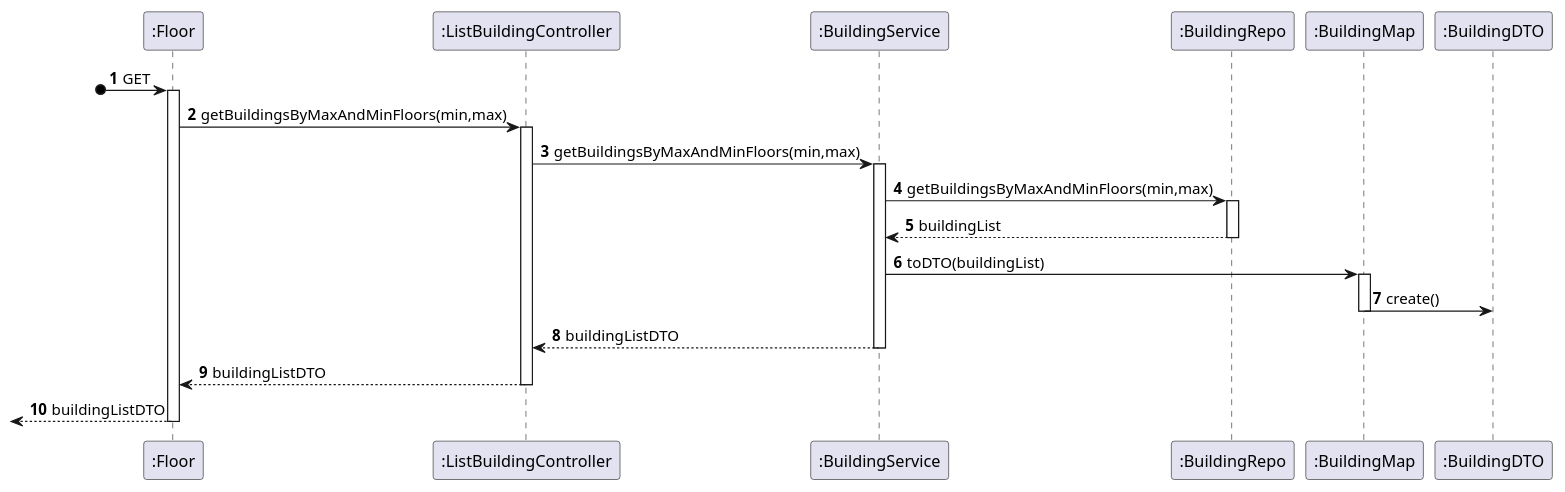
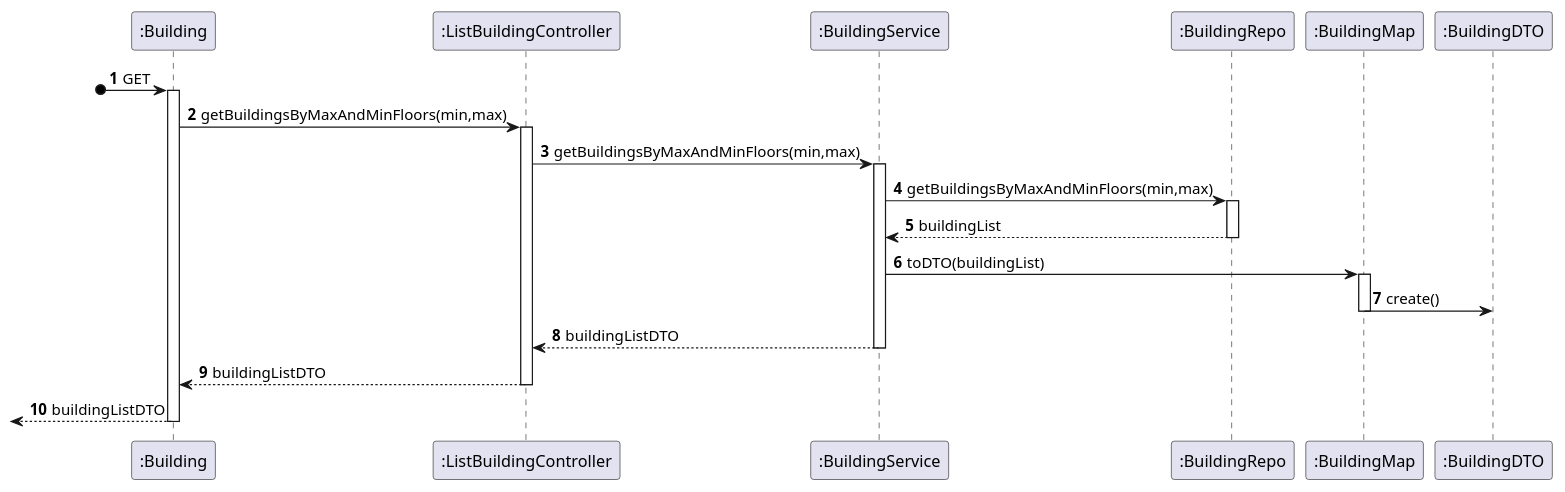
One commit to Pedro-Pereira1/sem5pi_23_24_g056 changed the diagram in docs/US_180/Diagrams/SequenceDiagramLevel3.puml. Above: the diagram before and after it, drawn with PlantUML. The commit also changed 7 other files, not shown here.

Commit message:
Updated documentation, updated Us210 documentation completed until point 4.2 "Class Diagram"

```diff
--- a/docs/US_180/Diagrams/SequenceDiagramLevel3.puml
+++ b/docs/US_180/Diagrams/SequenceDiagramLevel3.puml
@@ -1,42 +1,42 @@
 @startuml
 
 autonumber
 
-participant ":Floor" as Floor
+participant ":Building" as Floor
 participant ":ListBuildingController" as Controller
 participant ":BuildingService" as Service
 participant ":BuildingRepo" as Repo
 participant ":BuildingMap" as Map
 participant ":BuildingDTO" as DTO
 
 ?o->Floor: GET
 activate Floor
 
 Floor -> Controller: getBuildingsByMaxAndMinFloors(min,max)
 activate Controller
 
 Controller -> Service: getBuildingsByMaxAndMinFloors(min,max)
 activate Service
 
 Service -> Repo: getBuildingsByMaxAndMinFloors(min,max)
 activate Repo
 
 
 Repo --> Service: buildingList
 deactivate Repo
 Service -> Map: toDTO(buildingList)
 activate Map
 Map -> DTO:create()
 deactivate Map
 
 Service --> Controller: buildingListDTO
 deactivate Service
 
 Controller --> Floor: buildingListDTO
 deactivate Controller
 
 <--Floor: buildingListDTO
 deactivate Floor
 
 
 @enduml
```
